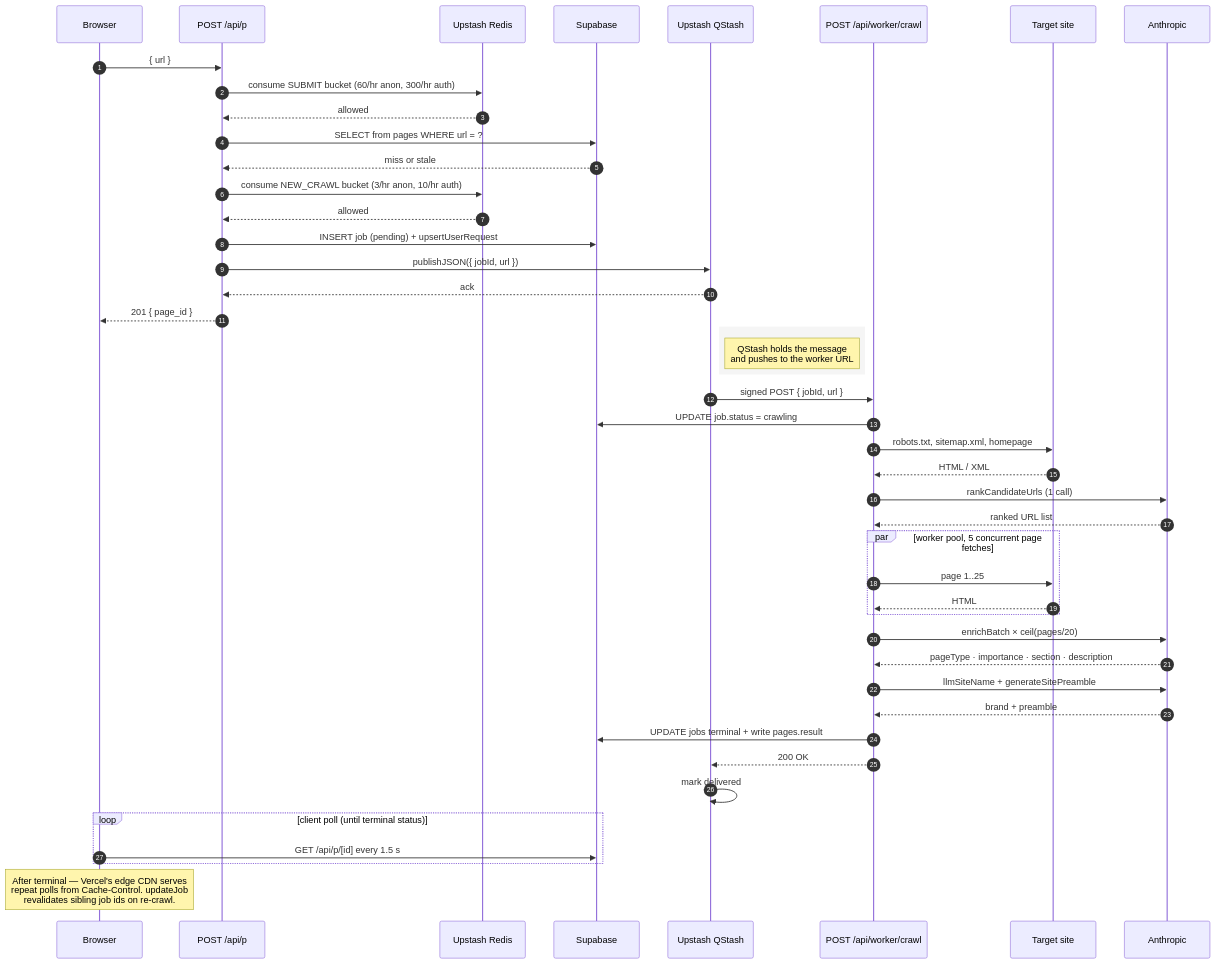
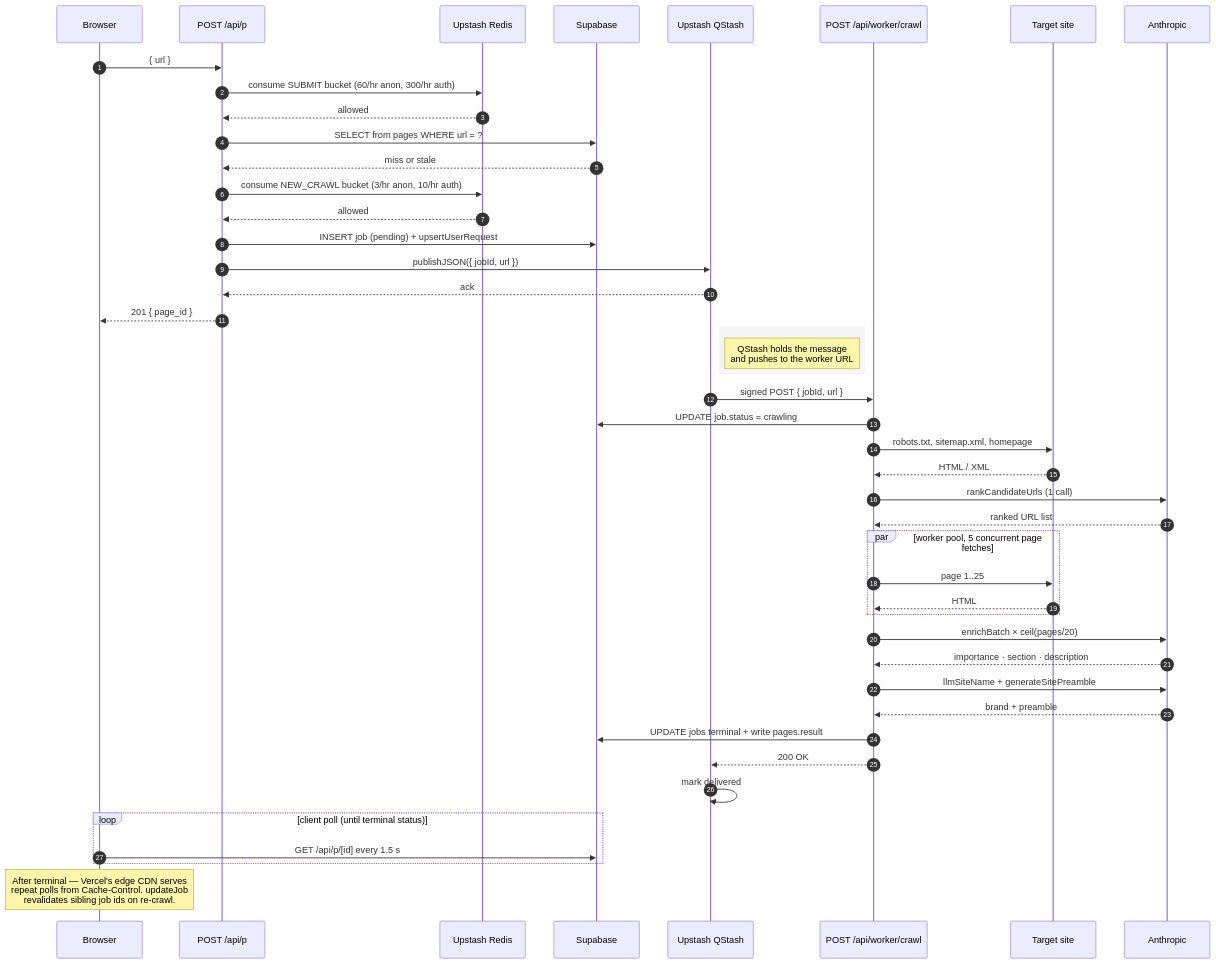
One commit to adrewh2/llm-text-generator changed the second of 2 diagrams in docs/SYSTEM-DESIGN.md. Above: the diagram before and after it, drawn with Mermaid. The commit also changed 10 other files, not shown here.

First line of the commit message:
Zip download rate limit + dead pageType cleanup (#12)

````diff
--- a/docs/SYSTEM-DESIGN.md
+++ b/docs/SYSTEM-DESIGN.md
@@ -79,57 +79,57 @@
 ```mermaid
 sequenceDiagram
     autonumber
     participant U as Browser
     participant P as POST /api/p
     participant R as Upstash Redis
     participant DB as Supabase
     participant Q as Upstash QStash
     participant W as POST /api/worker/crawl
     participant T as Target site
     participant A as Anthropic
 
     U->>P: { url }
     P->>R: consume SUBMIT bucket (60/hr anon, 300/hr auth)
     R-->>P: allowed
     P->>DB: SELECT from pages WHERE url = ?
     DB-->>P: miss or stale
     P->>R: consume NEW_CRAWL bucket (3/hr anon, 10/hr auth)
     R-->>P: allowed
     P->>DB: INSERT job (pending) + upsertUserRequest
     P->>Q: publishJSON({ jobId, url })
     Q-->>P: ack
     P-->>U: 201 { page_id }
 
     rect rgb(245,245,245)
         note right of Q: QStash holds the message<br/>and pushes to the worker URL
     end
 
     Q->>W: signed POST { jobId, url }
     W->>DB: UPDATE job.status = crawling
 
     W->>T: robots.txt, sitemap.xml, homepage
     T-->>W: HTML / XML
 
     W->>A: rankCandidateUrls (1 call)
     A-->>W: ranked URL list
 
     par worker pool, 5 concurrent page fetches
         W->>T: page 1..25
         T-->>W: HTML
     end
 
     W->>A: enrichBatch × ceil(pages/20)
-    A-->>W: pageType · importance · section · description
+    A-->>W: importance · section · description
     W->>A: llmSiteName + generateSitePreamble
     A-->>W: brand + preamble
 
     W->>DB: UPDATE jobs terminal + write pages.result
     W-->>Q: 200 OK
     Q->>Q: mark delivered
 
     loop client poll (until terminal status)
         U->>DB: GET /api/p/[id] every 1.5 s
     end
 
     note over U: After terminal — Vercel's edge CDN serves<br/>repeat polls from Cache-Control. updateJob<br/>revalidates sibling job ids on re-crawl.
 ```
````
